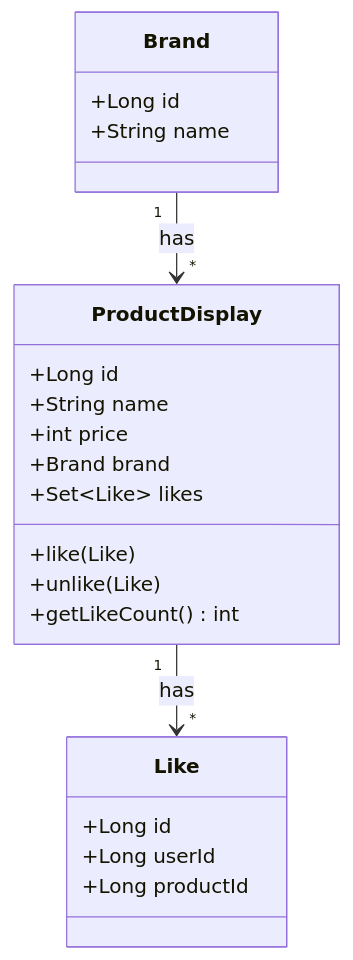
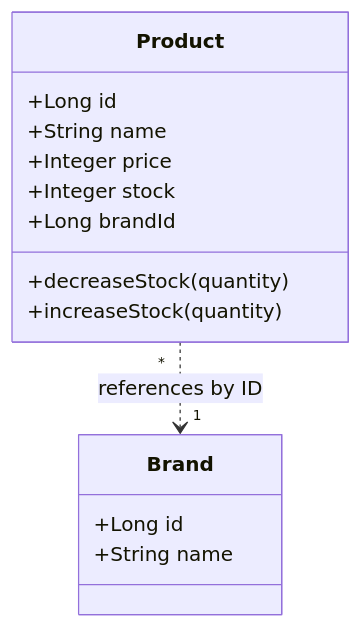
One commit to Loopers-dev-lab/loopers-spring-java-template changed the third of 8 diagrams in .docs/design/03-class-diagram.md. Above: the diagram before and after it, drawn with Mermaid. The commit also changed other lines of this file and 3 other files, not shown here.

````diff
--- a/.docs/design/03-class-diagram.md
+++ b/.docs/design/03-class-diagram.md
@@ -19,30 +126,20 @@
 ```mermaid
 classDiagram
 
-    %% 엔티티 (BaseEntity 상속)
+    class Product {
+        +Long id
+        +String name
+        +Integer price
+        +Integer stock
+        +Long brandId
+        +decreaseStock(quantity)
+        +increaseStock(quantity)
+    }
+
     class Brand {
         +Long id
         +String name
     }
 
-    class ProductDisplay {
-        +Long id
-        +String name
-        +int price
-        +Brand brand
-        +Set~Like~ likes
-        +like(Like)
-        +unlike(Like)
-        +getLikeCount() int
-    }
-
-    class Like {
-        +Long id
-        +Long userId
-        +Long productId
-    }
-
-    %% 관계 설정
-    Brand "1" --> "*" ProductDisplay : has
-    ProductDisplay "1" --> "*" Like : has
+    Product "*" ..> "1" Brand : references by ID
 ```
````
